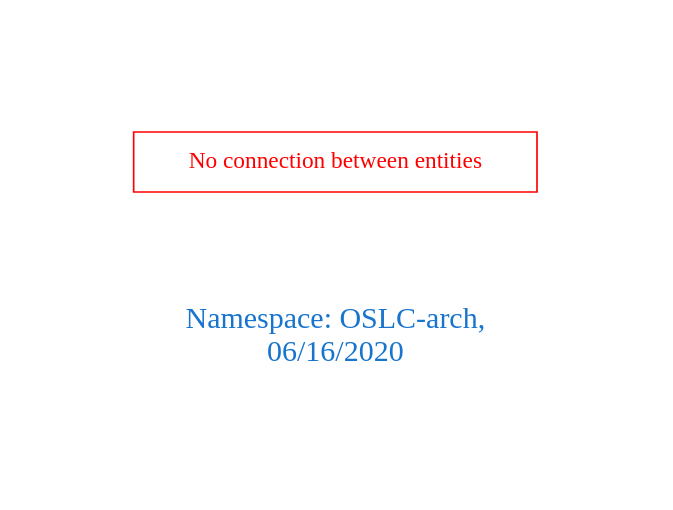
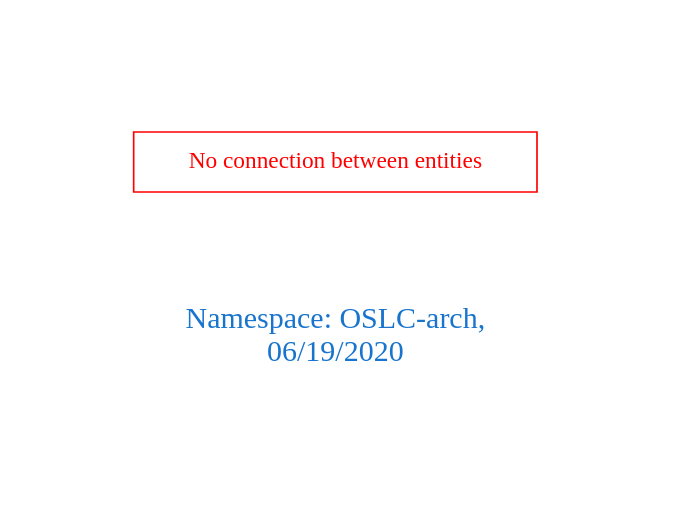
The diagram in downloads/OSLC-arch.dot (arago/OGIT), drawn with Graphviz before and after one commit. The commit also changed 1750 other files, not shown here.

```diff
--- a/downloads/OSLC-arch.dot
+++ b/downloads/OSLC-arch.dot
@@ -1,9 +1,9 @@
 digraph OGIT_ontology {
  graph [ rankdir= LR,pad=1 
 fontsize = 18,
-fontcolor= dodgerblue3,label = "\n\n\nNamespace: OSLC-arch, \n 06/16/2020"];
+fontcolor= dodgerblue3,label = "\n\n\nNamespace: OSLC-arch, \n 06/19/2020"];
 node[shape=polygon];
 edge [  color="gray81"];
 
 "No connection between entities" [fontcolor = "red",color="red", shape="polygon"]
 }
```
